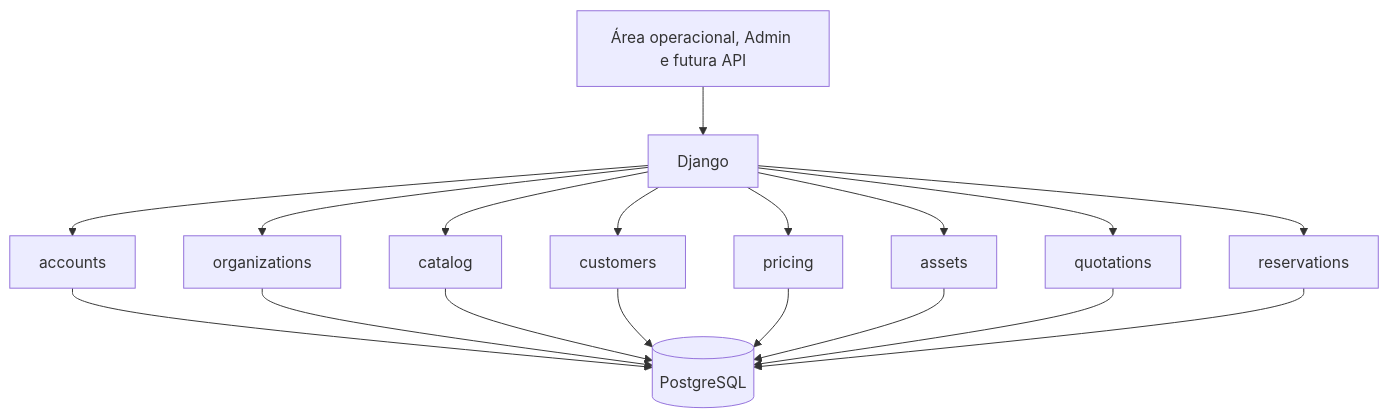
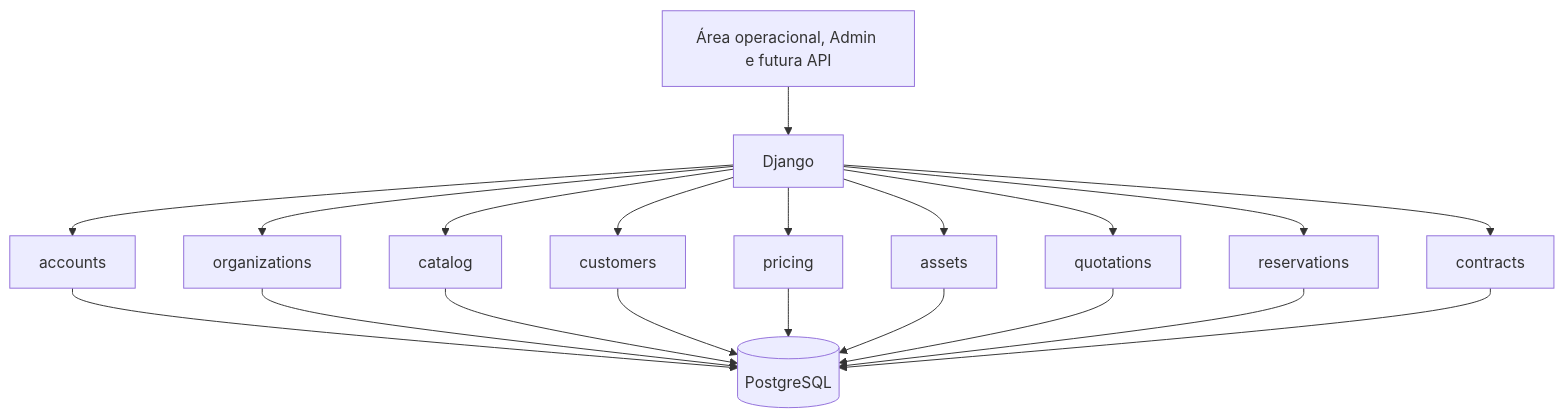
One commit to ViniciusSilva97/rental-platform changed the diagram in docs/architecture.md. Above: the diagram before and after it, drawn with Mermaid. The commit also changed other lines of this file and 31 other files, not shown here.

````diff
--- a/docs/architecture.md
+++ b/docs/architecture.md
@@ -10,20 +10,22 @@
 ```mermaid
 flowchart TD
     UI["Área operacional, Admin e futura API"] --> APP["Django"]
     APP --> ACC["accounts"]
     APP --> ORG["organizations"]
     APP --> CAT["catalog"]
     APP --> CUS["customers"]
     APP --> PRI["pricing"]
     APP --> AST["assets"]
     APP --> QUO["quotations"]
     APP --> RES["reservations"]
+    APP --> CON["contracts"]
     ACC --> DB[("PostgreSQL")]
     ORG --> DB
     CAT --> DB
     CUS --> DB
     PRI --> DB
     AST --> DB
     QUO --> DB
     RES --> DB
+    CON --> DB
 ```
````
